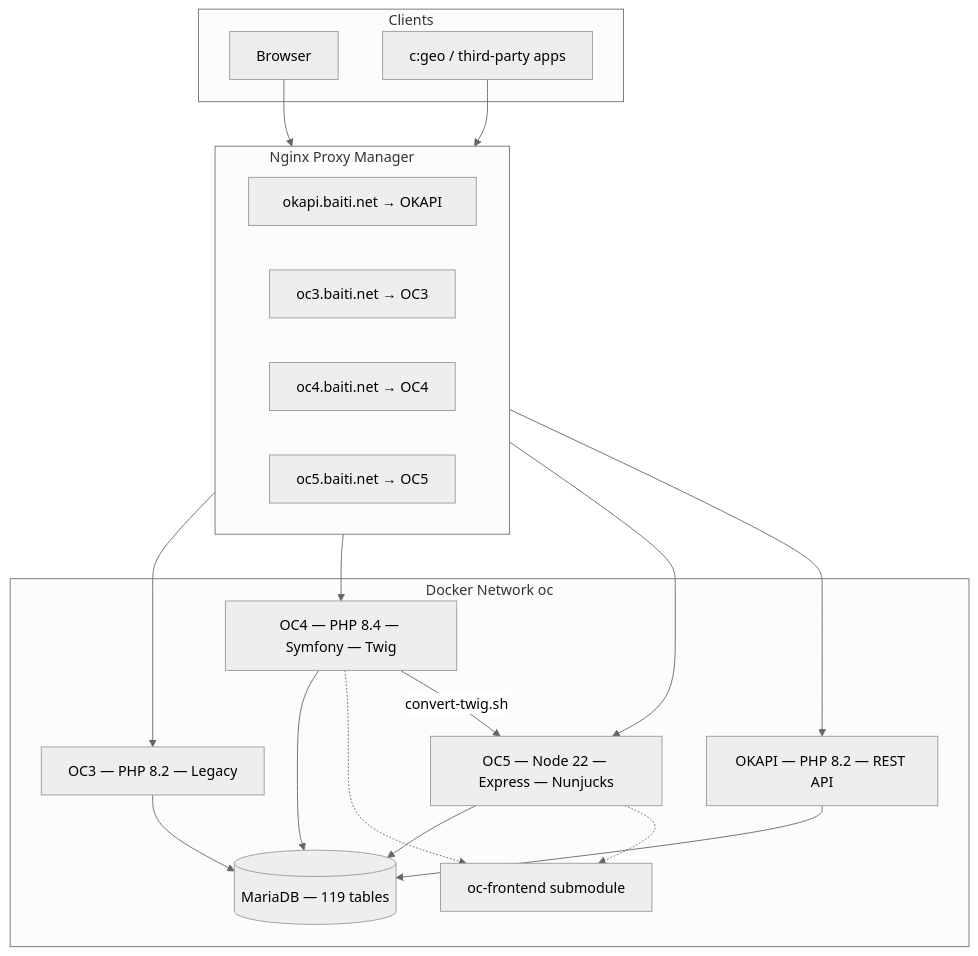
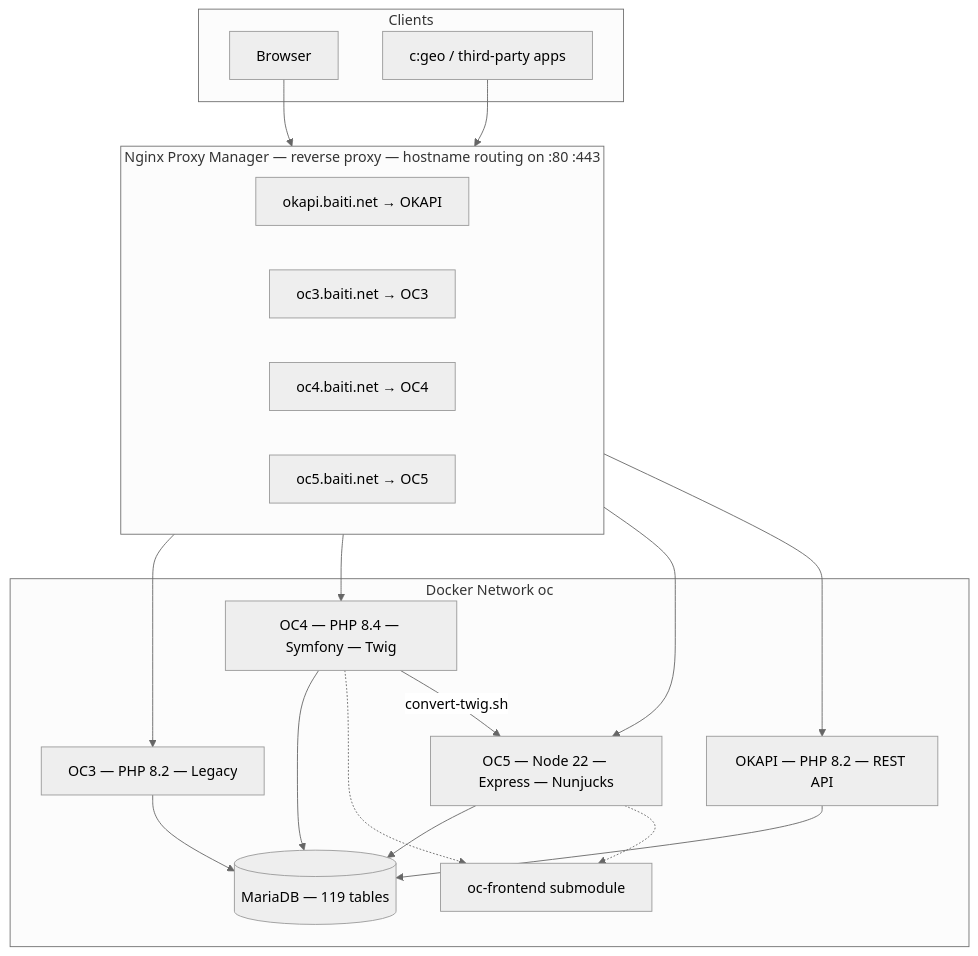
Before and after one commit to hxdimpf/oc5: the first of 4 diagrams in public/docs/architecture.md, drawn with Mermaid (neutral theme).

Commit message:
docs: sync — okapi rightmost in NPM box

````diff
--- a/public/docs/architecture.md
+++ b/public/docs/architecture.md
@@ -9,35 +9,35 @@
 ```mermaid
 flowchart TD
     U[Browser] --> NPM
     CGEO[c:geo / third-party apps] --> R4
     NPM --> A
     NPM --> B
     NPM --> C
     NPM --> D
     A --> E
     B --> E
     C --> E
     D --> E
     B -.-> F
     C -.-> F
     B -->|convert-twig.sh| C
     subgraph Clients
         U
         CGEO
     end
-    subgraph NPM[&nbsp;&nbsp;&nbsp;&nbsp;&nbsp;Nginx Proxy Manager&nbsp;&nbsp;&nbsp;&nbsp;&nbsp;&nbsp;&nbsp;&nbsp;&nbsp;&nbsp;&nbsp;&nbsp;&nbsp;&nbsp;&nbsp;&nbsp;]
+    subgraph NPM[Nginx Proxy Manager — reverse proxy — hostname routing on :80 :443]
         direction LR
-        R4[&nbsp;&nbsp;okapi.baiti.net  →  OKAPI&nbsp;&nbsp;]
-        R1[oc3.baiti.net  →  OC3]
-        R2[oc4.baiti.net  →  OC4]
-        R3[oc5.baiti.net  →  OC5]
+        R1[oc3.baiti.net → OC3]
+        R2[oc4.baiti.net → OC4]
+        R3[oc5.baiti.net → OC5]
+        R4[okapi.baiti.net → OKAPI]
     end
     subgraph OC[Docker Network oc]
         A[OC3 — PHP 8.2 — Legacy]
         D[OKAPI — PHP 8.2 — REST API]
         B[OC4 — PHP 8.4 — Symfony — Twig]
         C[OC5 — Node 22 — Express — Nunjucks]
         E[(MariaDB — 119 tables)]
         F[oc-frontend submodule]
     end
 ```
````
